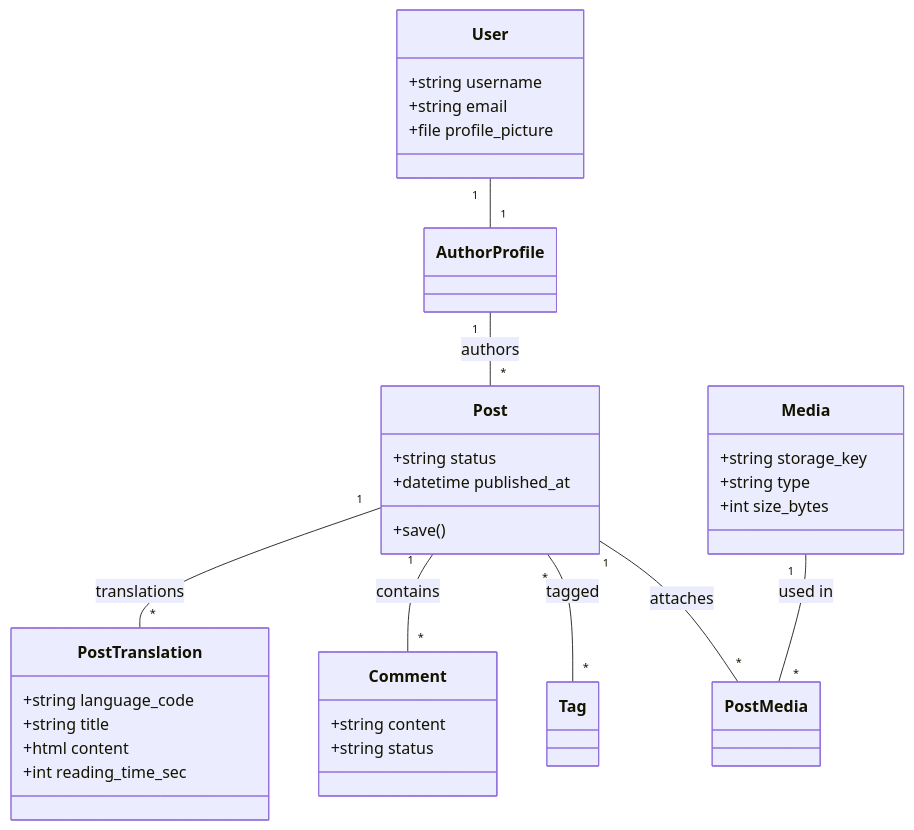
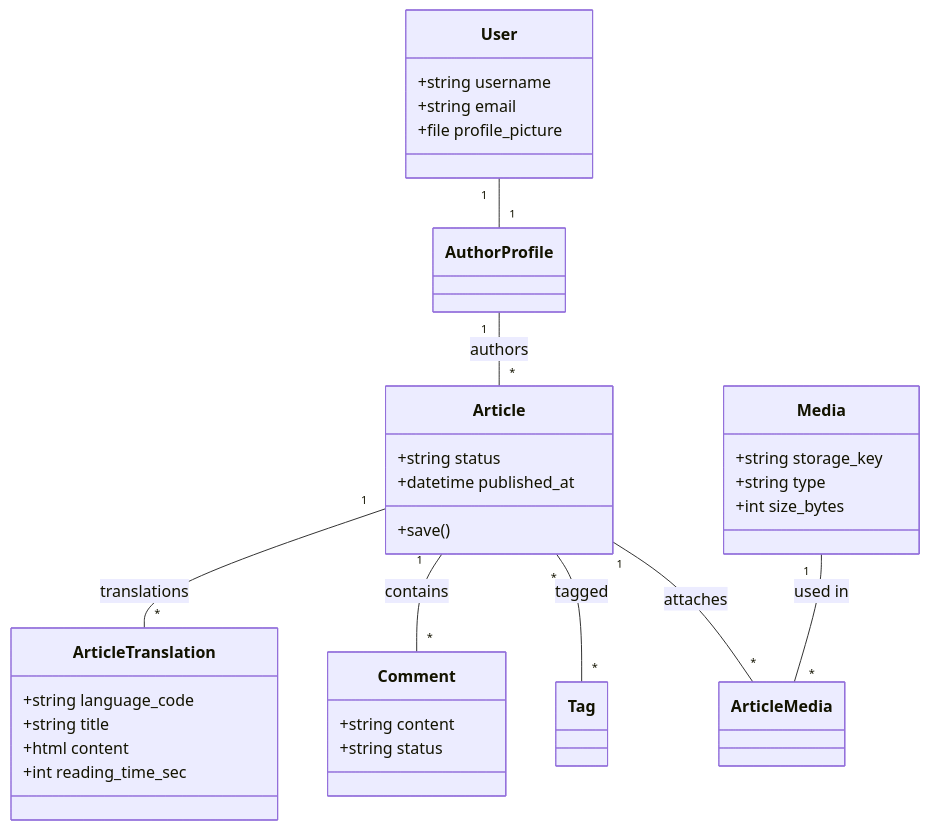
One commit to amirhossein-moloki/Blog changed the second of 4 diagrams in COMPREHENSIVE_ARCHITECTURE.md. Above: the diagram before and after it, drawn with Mermaid. The commit also changed other lines of this file and 23 other files, not shown here.

````diff
--- a/COMPREHENSIVE_ARCHITECTURE.md
+++ b/COMPREHENSIVE_ARCHITECTURE.md
@@ -458,35 +458,35 @@
 ```mermaid
 classDiagram
     class User {
         +string username
         +string email
         +file profile_picture
     }
-    class Post {
+    class Article {
         +string status
         +datetime published_at
         +save()
     }
-    class PostTranslation {
+    class ArticleTranslation {
         +string language_code
         +string title
         +html content
         +int reading_time_sec
     }
     class Media {
         +string storage_key
         +string type
         +int size_bytes
     }
     class Comment {
         +string content
         +string status
     }
     User "1" -- "1" AuthorProfile
-    AuthorProfile "1" -- "*" Post : authors
-    Post "1" -- "*" PostTranslation : translations
-    Post "1" -- "*" Comment : contains
-    Post "*" -- "*" Tag : tagged
-    Post "1" -- "*" PostMedia : attaches
-    Media "1" -- "*" PostMedia : used in
+    AuthorProfile "1" -- "*" Article : authors
+    Article "1" -- "*" ArticleTranslation : translations
+    Article "1" -- "*" Comment : contains
+    Article "*" -- "*" Tag : tagged
+    Article "1" -- "*" ArticleMedia : attaches
+    Media "1" -- "*" ArticleMedia : used in
 ```
````
